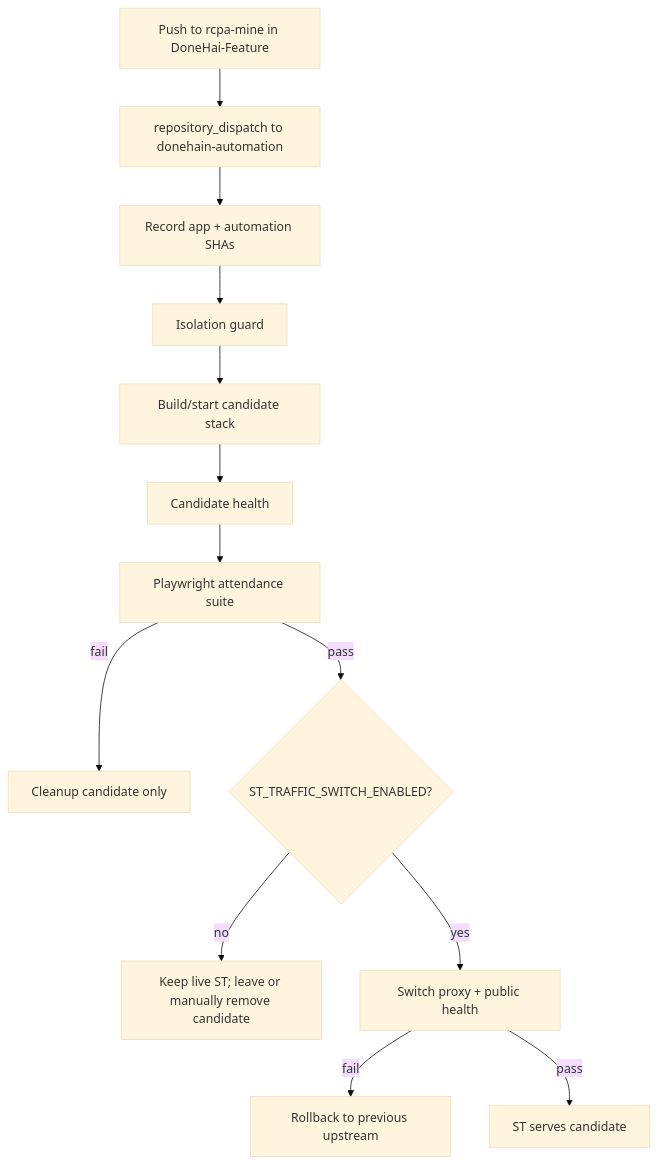
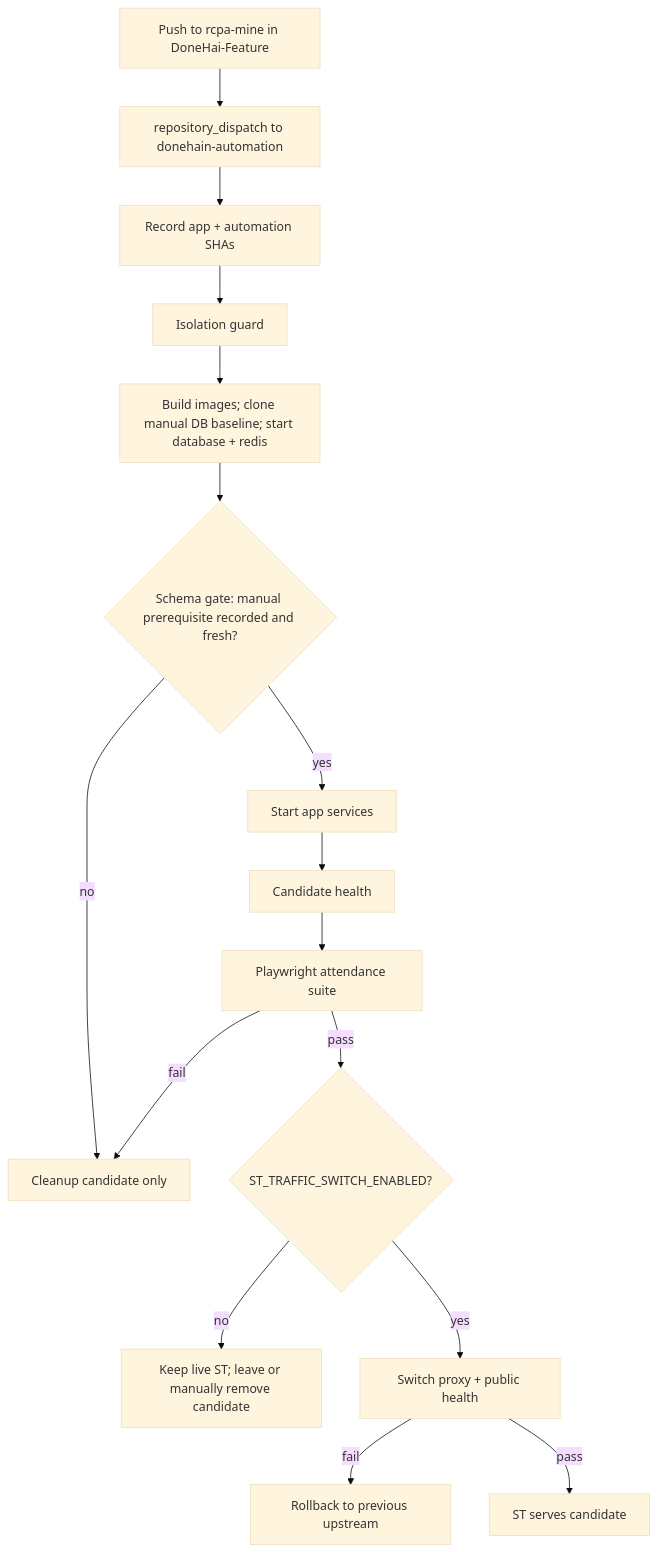
Before and after one commit to krishnadonehai/donehain-automation: the diagram in deployment/st-ci/DEPLOYMENT.md, drawn with Mermaid (base theme). The commit also changed other lines of this file and 7 other files, not shown here.

First line of the commit message:
st-ci: respect manual migrations; runner-writable manifest state; schema gate before app start

````diff
--- a/deployment/st-ci/DEPLOYMENT.md
+++ b/deployment/st-ci/DEPLOYMENT.md
@@ -9,15 +9,18 @@
 ```mermaid
 flowchart TD
   A[Push to rcpa-mine in DoneHai-Feature] --> B[repository_dispatch to donehain-automation]
   B --> C[Record app + automation SHAs]
   C --> D[Isolation guard]
-  D --> E[Build/start candidate stack]
-  E --> F[Candidate health]
+  D --> E[Build images; clone manual DB baseline; start database + redis]
+  E --> S{Schema gate: manual prerequisite recorded and fresh?}
+  S -->|no| H
+  S -->|yes| E2[Start app services]
+  E2 --> F[Candidate health]
   F --> G[Playwright attendance suite]
   G -->|fail| H[Cleanup candidate only]
   G -->|pass| I{ST_TRAFFIC_SWITCH_ENABLED?}
   I -->|no| J[Keep live ST; leave or manually remove candidate]
   I -->|yes| K[Switch proxy + public health]
   K -->|fail| L[Rollback to previous upstream]
   K -->|pass| M[ST serves candidate]
 ```
````
